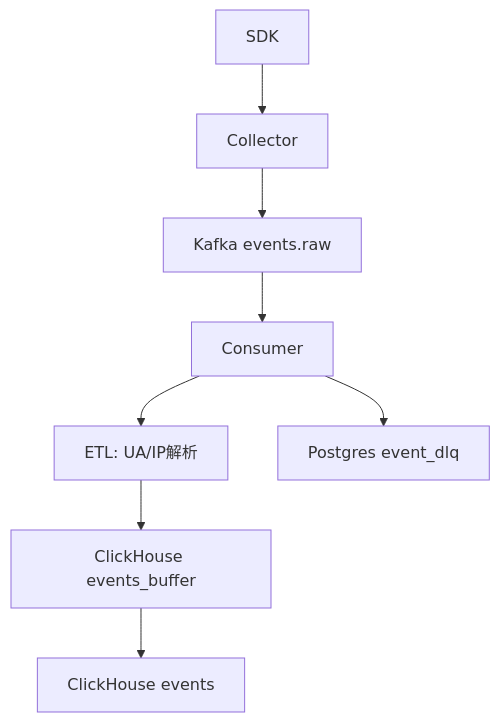
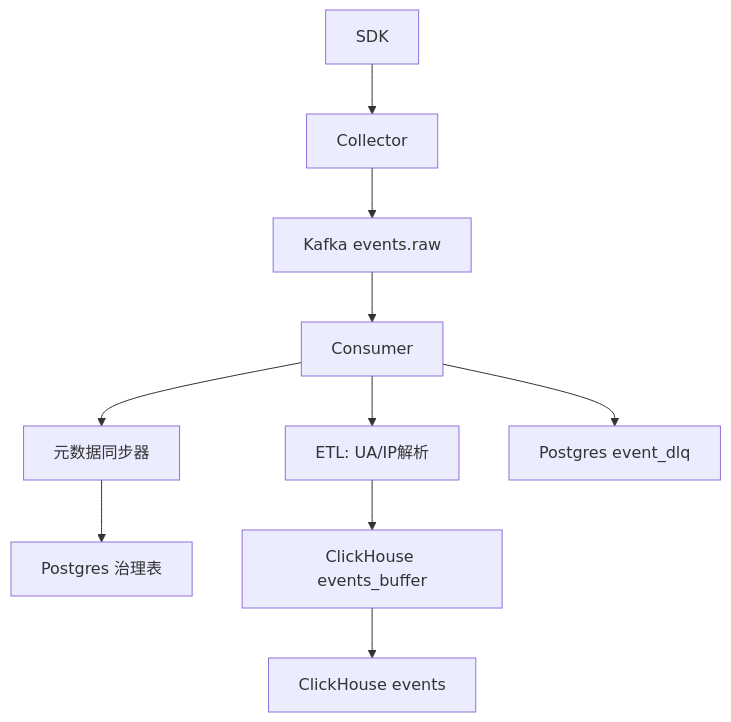
The second of 8 diagrams in .qoder/repowiki/zh/content/后端服务架构/Consumer服务.md (zhen-zhong/AeroLog), drawn with Mermaid before and after one commit. The commit also changed other lines of this file and 111 other files, not shown here.

````diff
--- a/.qoder/repowiki/zh/content/后端服务架构/Consumer服务.md
+++ b/.qoder/repowiki/zh/content/后端服务架构/Consumer服务.md
@@ -105,10 +130,12 @@
 ```mermaid
 graph TB
 SDK["SDK"] --> COL["Collector"]
 COL --> KAFKA["Kafka events.raw"]
 KAFKA --> CONSUMER["Consumer"]
+CONSUMER --> META["元数据同步器"]
+META --> PG["Postgres 治理表"]
 CONSUMER --> ETL["ETL: UA/IP解析"]
 ETL --> CH_BUFFER["ClickHouse events_buffer"]
 CH_BUFFER --> CH_MAIN["ClickHouse events"]
 CONSUMER --> PG_DLQ["Postgres event_dlq"]
 ```
````
